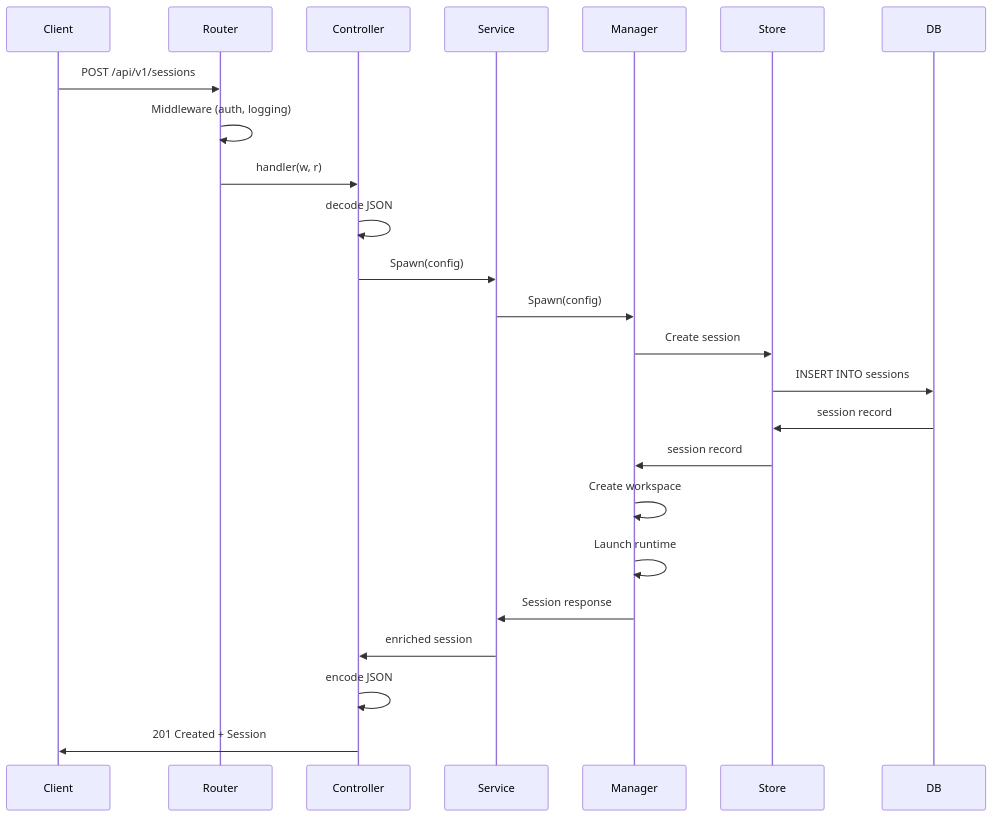
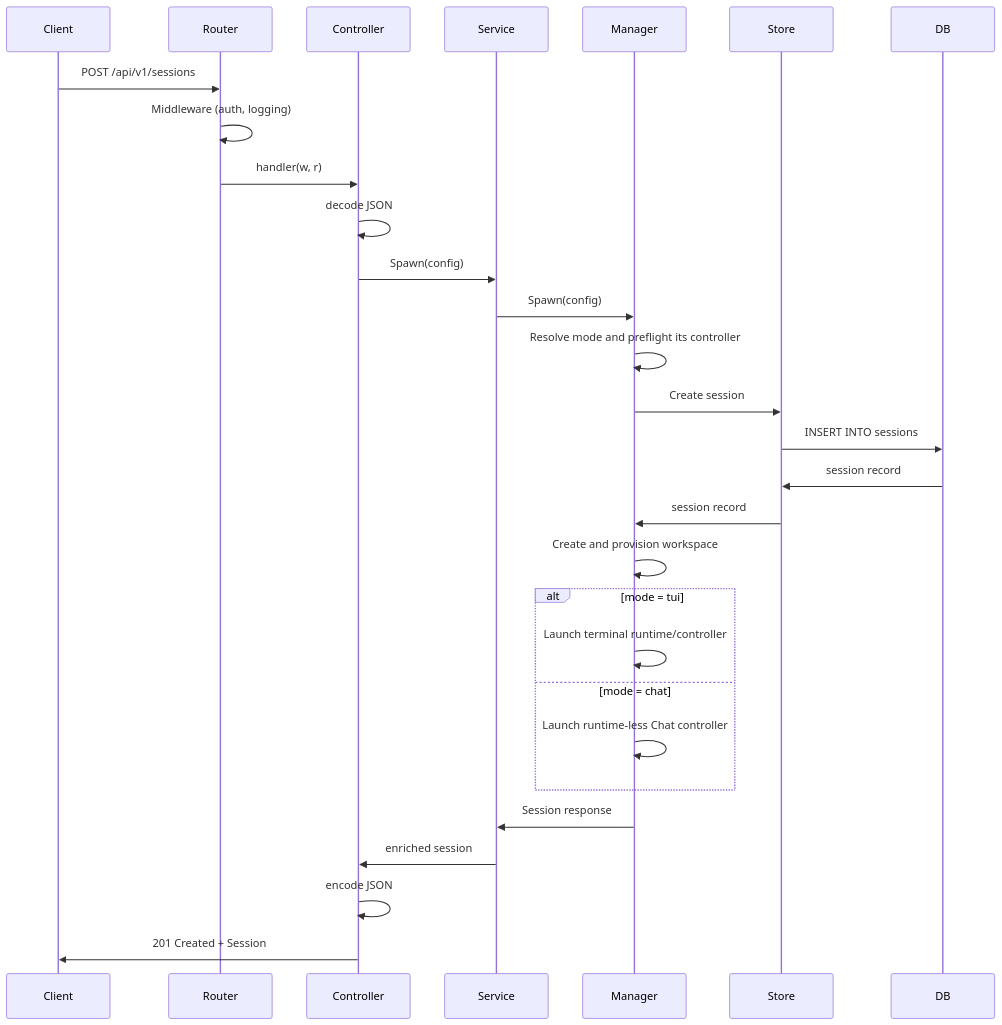
Diagram 22 of 24 in docs/architecture.md (AronPerez/agent-orchestrator), drawn with Mermaid before and after one commit. The commit also changed other lines of this file and 744 other files, not shown here.

````diff
--- a/docs/architecture.md
+++ b/docs/architecture.md
@@ -737,27 +868,32 @@
 ```mermaid
 sequenceDiagram
     participant Client
     participant Router
     participant Controller
     participant Service
     participant Manager
     participant Store
     participant DB
 
     Client->>Router: POST /api/v1/sessions
     Router->>Router: Middleware (auth, logging)
     Router->>Controller: handler(w, r)
     Controller->>Controller: decode JSON
     Controller->>Service: Spawn(config)
     Service->>Manager: Spawn(config)
+    Manager->>Manager: Resolve mode and preflight its controller
     Manager->>Store: Create session
     Store->>DB: INSERT INTO sessions
     DB->>Store: session record
     Store->>Manager: session record
-    Manager->>Manager: Create workspace
-    Manager->>Manager: Launch runtime
+    Manager->>Manager: Create and provision workspace
+    alt mode = tui
+        Manager->>Manager: Launch terminal runtime/controller
+    else mode = chat
+        Manager->>Manager: Launch runtime-less Chat controller
+    end
     Manager->>Service: Session response
     Service->>Controller: enriched session
     Controller->>Controller: encode JSON
     Controller->>Client: 201 Created + Session
 ```
````
